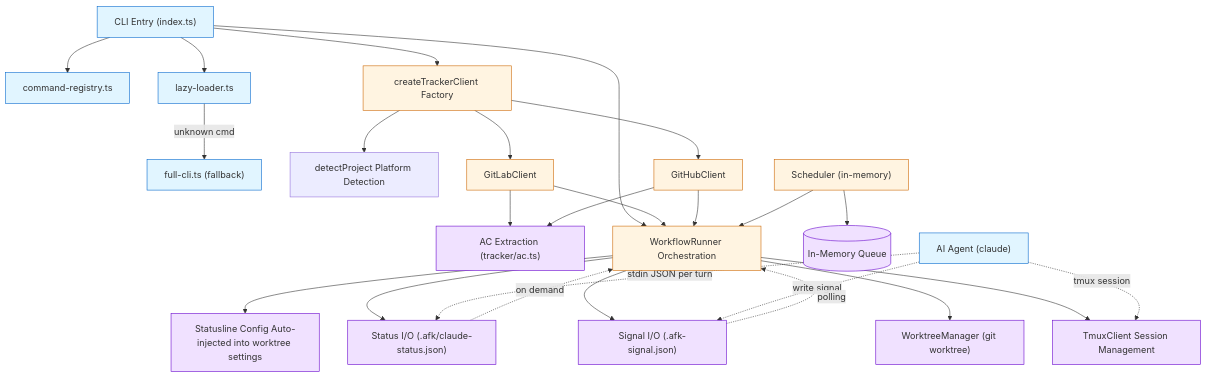
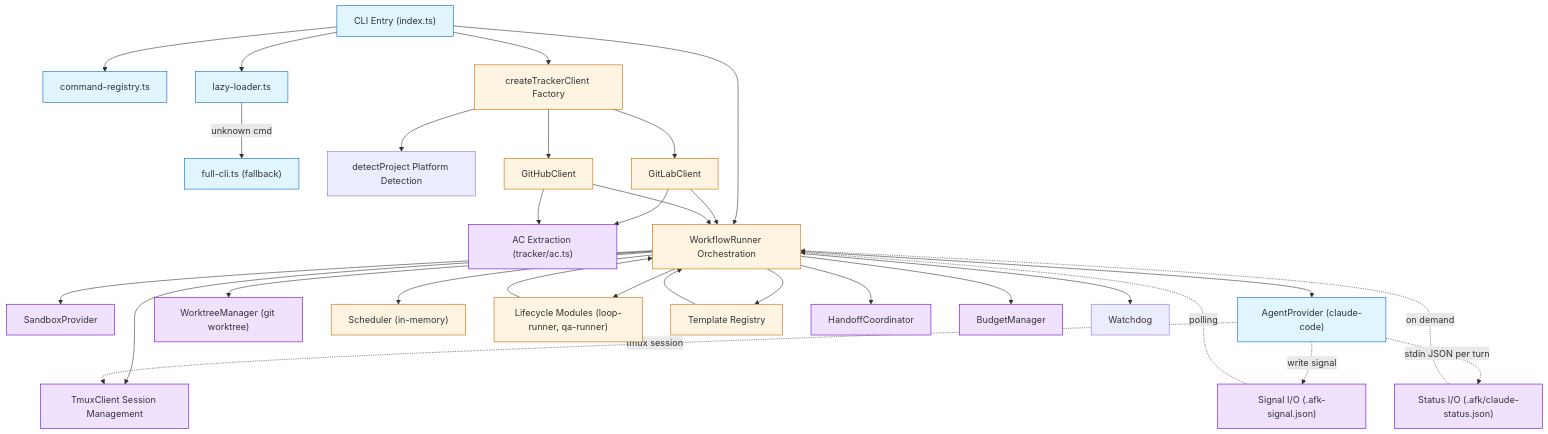
One commit to easyhaloo/afk changed the first of 17 diagrams in docs/ARCHITECTURE.md. Above: the diagram before and after it, drawn with Mermaid. The commit also changed other lines of this file and 1 other file, not shown here.

First line of the commit message:
docs: align ARCHITECTURE docs with actual implementation

````diff
--- a/docs/ARCHITECTURE.md
+++ b/docs/ARCHITECTURE.md
@@ -52,58 +81,67 @@
 ```mermaid
 graph TD
     CLI["CLI Entry (index.ts)"]
     REG["command-registry.ts"]
     LZ["lazy-loader.ts"]
     FULL["full-cli.ts (fallback)"]
     Factory["createTrackerClient Factory"]
     Detect["detectProject Platform Detection"]
     GL["GitLabClient"]
     GH["GitHubClient"]
     AC["AC Extraction (tracker/ac.ts)"]
     Runner["WorkflowRunner Orchestration"]
+    Sandbox["SandboxProvider"]
+    Agent["AgentProvider (claude-code)"]
     WT["WorktreeManager (git worktree)"]
     TMUX["TmuxClient Session Management"]
     SIG["Signal I/O (.afk-signal.json)"]
     STATUS["Status I/O (.afk/claude-status.json)"]
-    SCONF["Statusline Config Auto-injected into worktree settings"]
     Sched["Scheduler (in-memory)"]
-    Queue[("In-Memory Queue")]
-    Agent["AI Agent (claude)"]
+    Modules["Lifecycle Modules (loop-runner, qa-runner)"]
+    Templates["Template Registry"]
+    HC["HandoffCoordinator"]
+    Budget["BudgetManager"]
+    Watchdog["Watchdog"]
 
     CLI --> REG
     CLI --> LZ
     LZ -->|unknown cmd| FULL
     CLI --> Factory
     Factory --> Detect
     Factory --> GL
     Factory --> GH
 
     CLI --> Runner
     GL --> Runner
     GH --> Runner
     GL --> AC
     GH --> AC
 
     Runner --> WT
     Runner --> TMUX
-    Runner --> SIG
-    Runner --> STATUS
-    Runner --> SCONF
+    Runner --> Sandbox
+    Runner --> Agent
+    Runner --> Modules
+    Runner --> Templates
+    Runner --> HC
+    Runner --> Budget
+    Runner --> Watchdog
+    Runner --> Sched
 
-    Sched --> Runner
-    Sched --> Queue
+    Modules --> Runner
+    Templates --> Runner
 
     Agent -. tmux session .-> TMUX
     Agent -. write signal .-> SIG
     Agent -. stdin JSON per turn .-> STATUS
     SIG -. polling .-> Runner
     STATUS -. on demand .-> Runner
 
     classDef cli fill:#e1f5ff,stroke:#0066cc
     classDef core fill:#fff4e1,stroke:#cc6600
     classDef io fill:#f0e1ff,stroke:#6600cc
 
     class CLI,REG,LZ,FULL,Agent cli
-    class Runner,Factory,GL,GH,Sched core
-    class WT,TMUX,SIG,STATUS,SCONF,Queue,AC io
+    class Runner,Factory,GL,GH,Sched,Modules,Templates,Watcher core
+    class WT,TMUX,SIG,STATUS,Sandbox,AC,HC,Budget io
 ```
````
